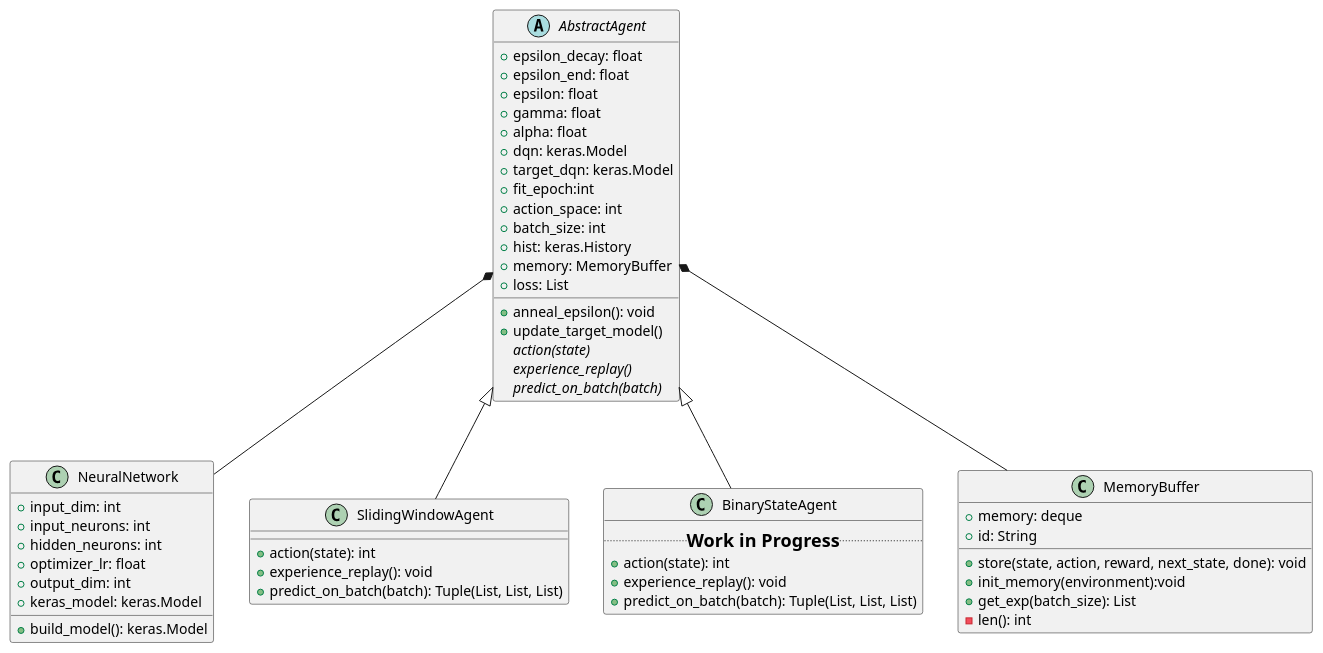
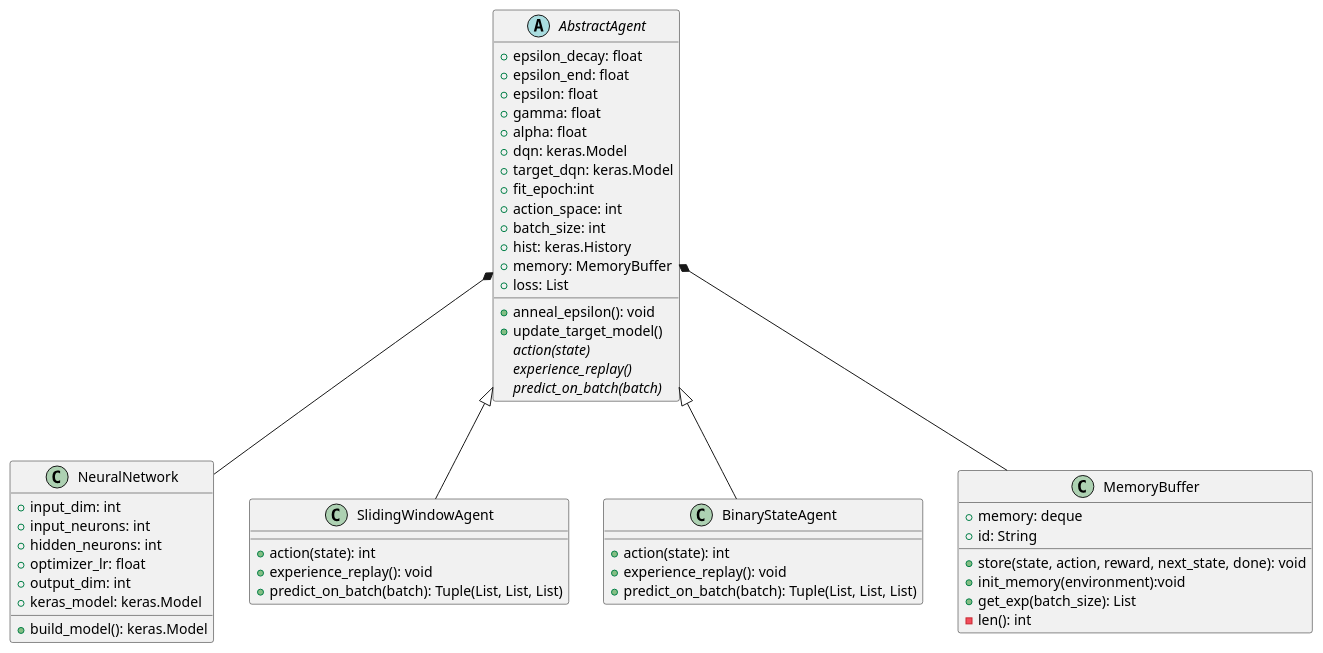
One commit to jorekai/DQN-Timeseries-Anomaly-Detection changed the diagram in uml/agent.puml. Above: the diagram before and after it, drawn with PlantUML. The commit also changed 1 other file, not shown here.

Commit message:
Update README and UML

```diff
--- a/uml/agent.puml
+++ b/uml/agent.puml
@@ -1,66 +1,65 @@
 @startuml
 'Relations in Diagram
 AbstractAgent *-- NeuralNetwork
 AbstractAgent <|-- SlidingWindowAgent
 AbstractAgent <|-- BinaryStateAgent
 AbstractAgent *-- MemoryBuffer
 
 
 'Classes in Diagram
 abstract class AbstractAgent{
 +epsilon_decay: float
 +epsilon_end: float
 +epsilon: float
 +gamma: float
 +alpha: float
 +dqn: keras.Model
 +target_dqn: keras.Model
 +fit_epoch:int
 +action_space: int
 +batch_size: int
 +hist: keras.History
 +memory: MemoryBuffer
 +loss: List
 '
 + anneal_epsilon(): void
 + update_target_model()
 {abstract} action(state)
 {abstract} experience_replay()
 {abstract} predict_on_batch(batch)
 }
 
 class SlidingWindowAgent {
 +action(state): int
 +experience_replay(): void
 +predict_on_batch(batch): Tuple(List, List, List)
 }
 
 class BinaryStateAgent {
-..=Work in Progress..
 +action(state): int
 +experience_replay(): void
 +predict_on_batch(batch): Tuple(List, List, List)
 }
 
 class NeuralNetwork{
 +input_dim: int
 +input_neurons: int
 +hidden_neurons: int
 +optimizer_lr: float
 +output_dim: int
 +keras_model: keras.Model
 '
 + build_model(): keras.Model
 }
 
 class MemoryBuffer{
 +memory: deque
 +id: String
 '
 +store(state, action, reward, next_state, done): void
 +init_memory(environment):void
 +get_exp(batch_size): List
 -len(): int
 }
 
 @enduml
```
